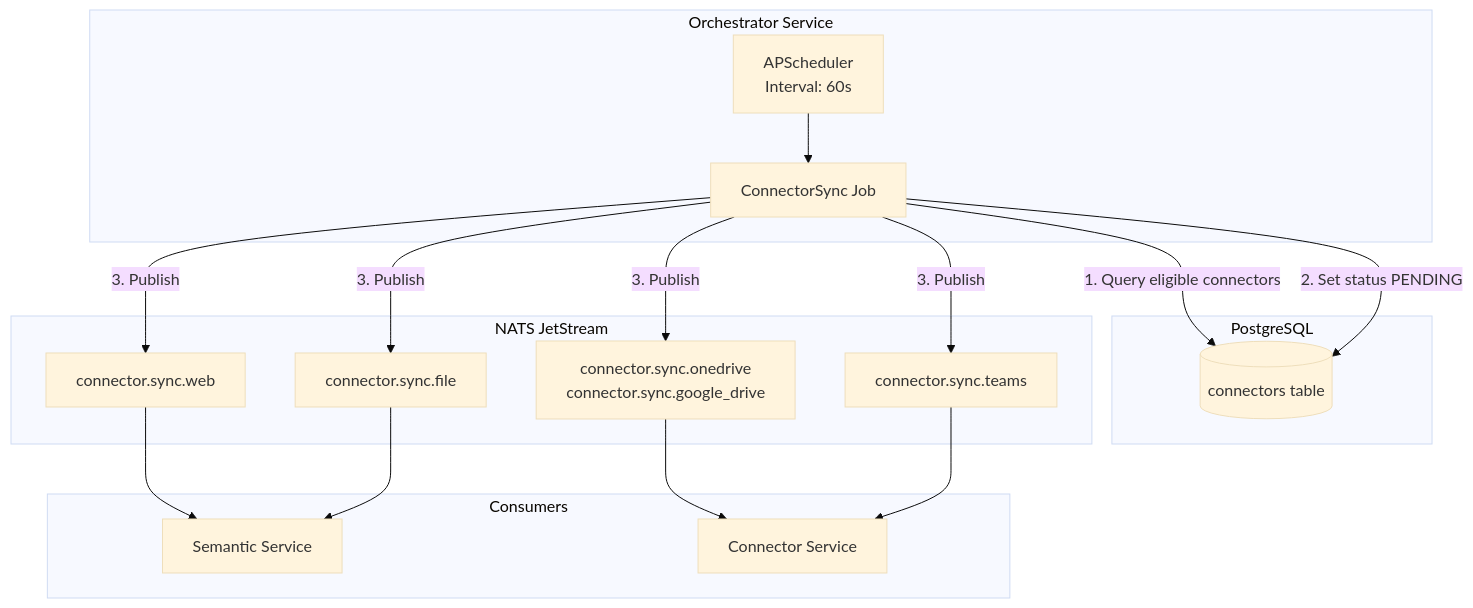
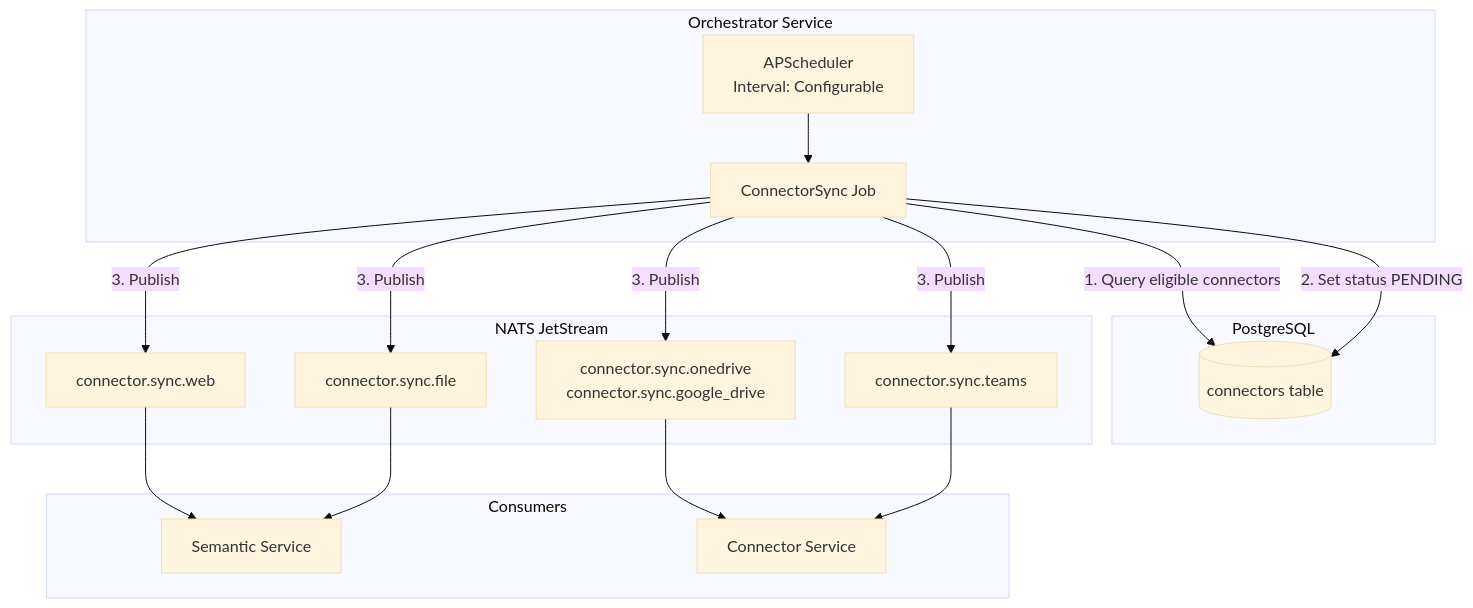
One commit to gen-mind/EchoMind changed the fourth of 5 diagrams in docs/services/orchestrator-service.md. Above: the diagram before and after it, drawn with Mermaid (base theme). The commit also changed other lines of this file and 30 other files, not shown here.

````diff
--- a/docs/services/orchestrator-service.md
+++ b/docs/services/orchestrator-service.md
@@ -125,33 +307,33 @@
 ```mermaid
 flowchart TB
     subgraph Orchestrator["Orchestrator Service"]
-        APS[APScheduler<br/>Interval: 60s]
+        APS[APScheduler<br/>Interval: Configurable]
         JOB[ConnectorSync Job]
         APS --> JOB
     end
 
     subgraph DB["PostgreSQL"]
         CONN[(connectors table)]
     end
 
     subgraph NATS["NATS JetStream"]
         WEB[connector.sync.web]
         FILE[connector.sync.file]
         DRIVE[connector.sync.onedrive<br/>connector.sync.google_drive]
         TEAMS[connector.sync.teams]
     end
 
     subgraph Consumers
         SEMANTIC[Semantic Service]
         CONNECTOR[Connector Service]
     end
 
     JOB -->|1. Query eligible connectors| CONN
     JOB -->|2. Set status PENDING| CONN
     JOB -->|3. Publish| WEB & FILE & DRIVE & TEAMS
 
     WEB --> SEMANTIC
     FILE --> SEMANTIC
     DRIVE --> CONNECTOR
     TEAMS --> CONNECTOR
 ```
````
